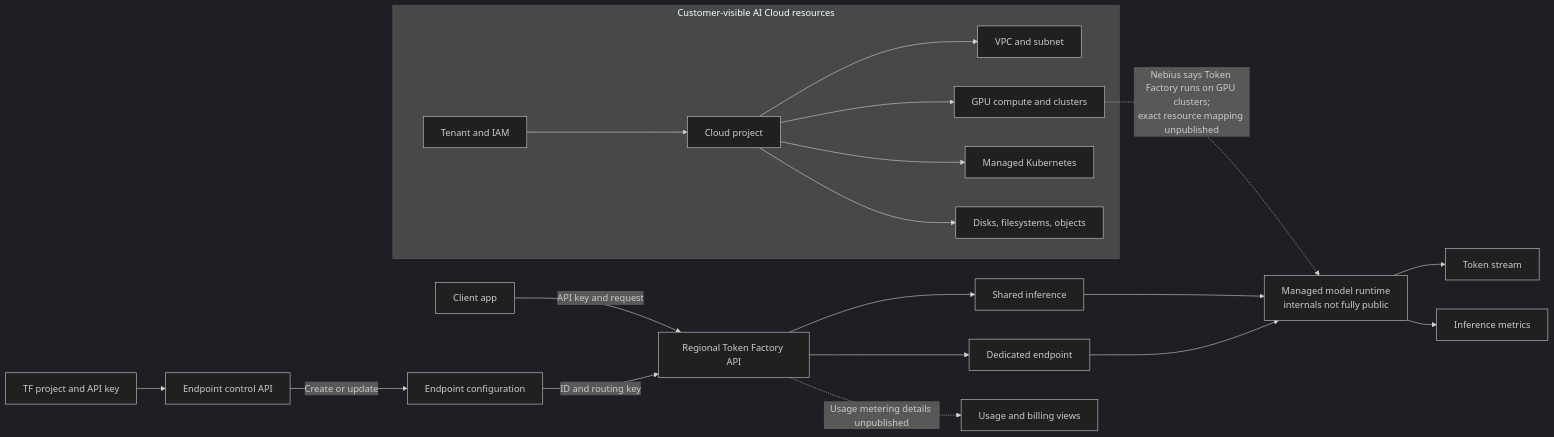
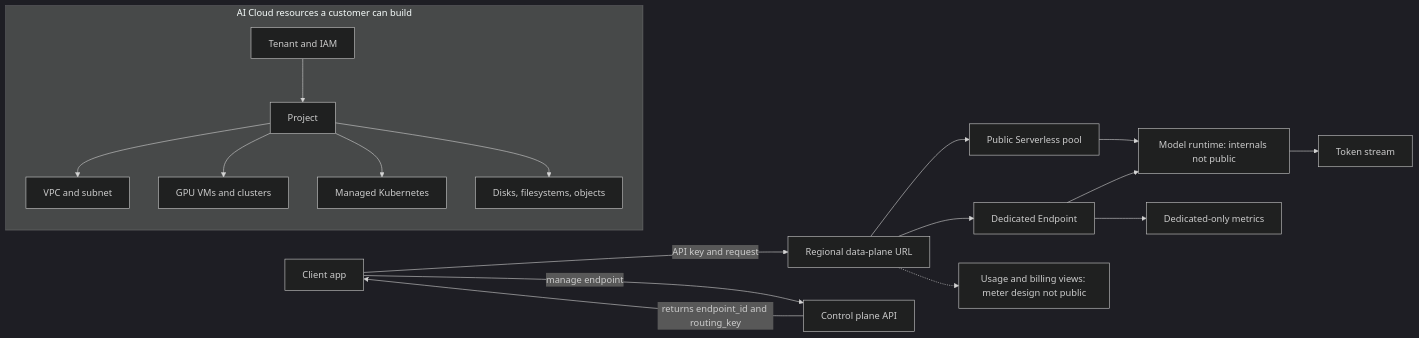
Before and after one commit to jithinpnjm/ai-infra-handbook: the diagram in docs/part-20-nebius-sre-interview/30-nebius-ai-factory-to-token-factory-architecture.md, drawn with Mermaid (dark theme). The commit also changed other lines of this file and 47 other files, not shown here.

````diff
--- a/docs/part-20-nebius-sre-interview/30-nebius-ai-factory-to-token-factory-architecture.md
+++ b/docs/part-20-nebius-sre-interview/30-nebius-ai-factory-to-token-factory-architecture.md
@@ -43,23 +39,20 @@
 ```mermaid
 flowchart LR
-  Client[Client app] -->|API key and request| RegionalAPI[Regional Token Factory API]
-  Project[TF project and API key] --> Control[Endpoint control API]
-  Control -->|Create or update| Endpoint[Endpoint configuration]
-  Endpoint -->|ID and routing key| RegionalAPI
-  RegionalAPI --> Shared[Shared inference]
-  RegionalAPI --> Dedicated[Dedicated endpoint]
-  Shared --> Runtime[Managed model runtime<br/>internals not fully public]
+  Client["Client app"] -->|"API key and request"| DataPlane["Regional data-plane URL"]
+  Client -->|"manage endpoint"| Control["Control plane API"]
+  Control -->|"returns endpoint_id and routing_key"| Client
+  DataPlane --> Shared["Public Serverless pool"]
+  DataPlane --> Dedicated["Dedicated Endpoint"]
+  Shared --> Runtime["Model runtime: internals not public"]
   Dedicated --> Runtime
-  Runtime --> Reply[Token stream]
-  Runtime --> Metrics[Inference metrics]
-  RegionalAPI -. "Usage metering details unpublished" .-> Billing[Usage and billing views]
-
-  subgraph Cloud[Customer-visible AI Cloud resources]
-    Tenant[Tenant and IAM] --> CloudProject[Cloud project]
-    CloudProject --> Network[VPC and subnet]
-    CloudProject --> GPU[GPU compute and clusters]
-    CloudProject --> K8s[Managed Kubernetes]
-    CloudProject --> Storage[Disks, filesystems, objects]
+  Runtime --> Stream["Token stream"]
+  Dedicated --> Metrics["Dedicated-only metrics"]
+  DataPlane -.-> Billing["Usage and billing views: meter design not public"]
+  subgraph Cloud["AI Cloud resources a customer can build"]
+    Tenant["Tenant and IAM"] --> Proj["Project"]
+    Proj --> Net["VPC and subnet"]
+    Proj --> GPU["GPU VMs and clusters"]
+    Proj --> K8s["Managed Kubernetes"]
+    Proj --> Store["Disks, filesystems, objects"]
   end
-  GPU -. "Nebius says Token Factory runs on GPU clusters;<br/>exact resource mapping unpublished" .-> Runtime
 ```
````
